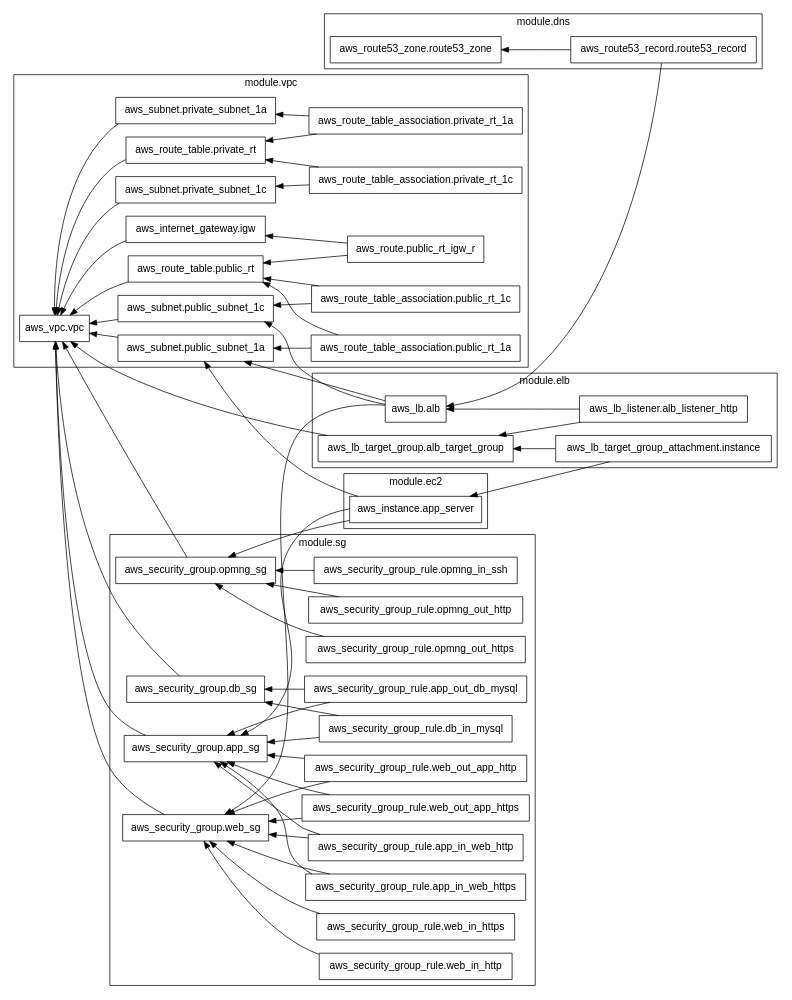
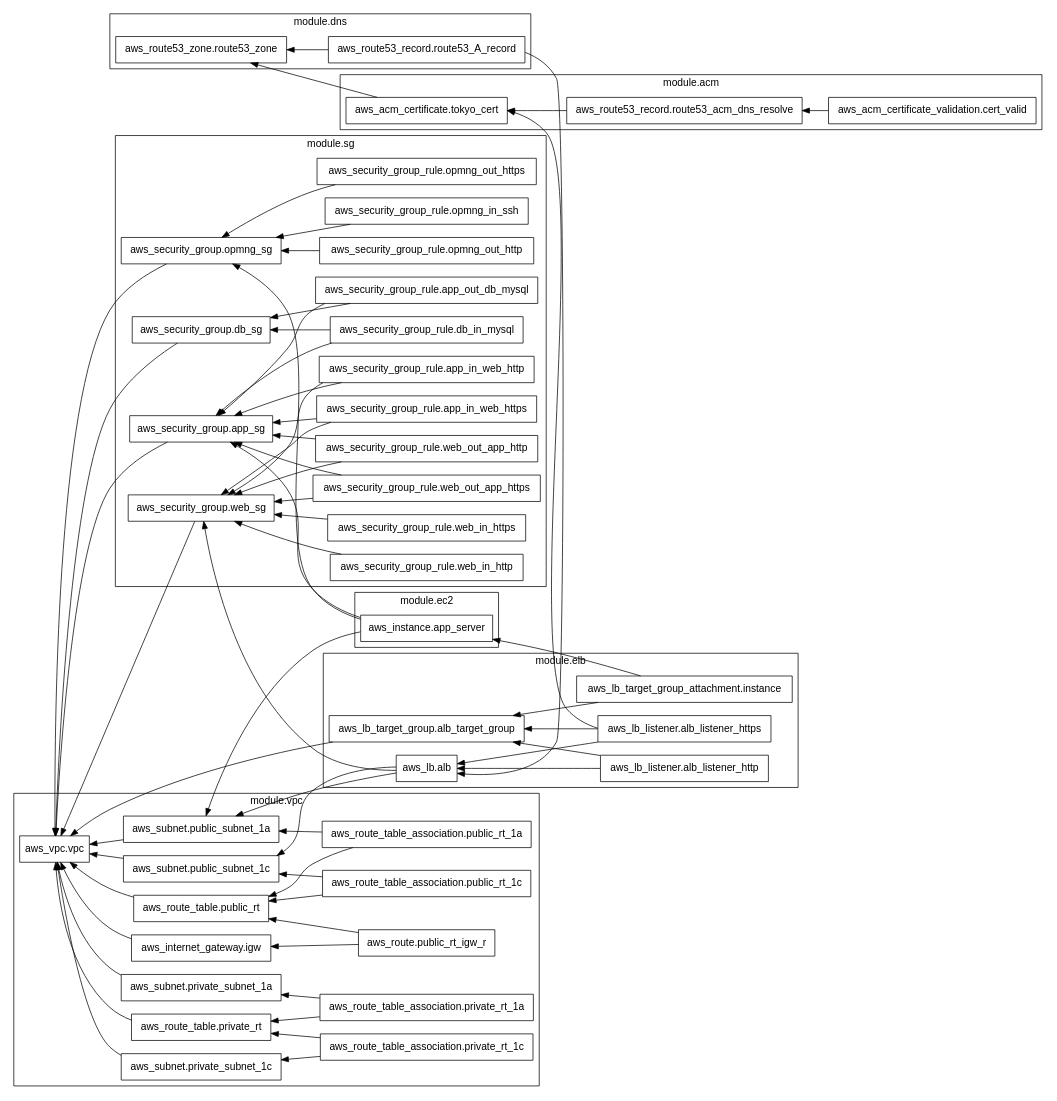
Before and after one commit to portfolio-kazuhisa/aws_infra_demo: the diagram in portfolio.dot, drawn with Graphviz. The commit also changed 7 other files, not shown here.

```diff
--- a/portfolio.dot
+++ b/portfolio.dot
@@ -1,110 +1,124 @@
 digraph G {
   rankdir = "RL";
   node [shape = rect, fontname = "sans-serif"];
+  subgraph "cluster_module.acm" {
+    label = "module.acm"
+    fontname = "sans-serif"
+    "module.acm.aws_acm_certificate.tokyo_cert" [label="aws_acm_certificate.tokyo_cert"];
+    "module.acm.aws_acm_certificate_validation.cert_valid" [label="aws_acm_certificate_validation.cert_valid"];
+    "module.acm.aws_route53_record.route53_acm_dns_resolve" [label="aws_route53_record.route53_acm_dns_resolve"];
+  }
   subgraph "cluster_module.dns" {
     label = "module.dns"
     fontname = "sans-serif"
-    "module.dns.aws_route53_record.route53_record" [label="aws_route53_record.route53_record"];
+    "module.dns.aws_route53_record.route53_A_record" [label="aws_route53_record.route53_A_record"];
     "module.dns.aws_route53_zone.route53_zone" [label="aws_route53_zone.route53_zone"];
   }
   subgraph "cluster_module.ec2" {
     label = "module.ec2"
     fontname = "sans-serif"
     "module.ec2.aws_instance.app_server" [label="aws_instance.app_server"];
   }
   subgraph "cluster_module.elb" {
     label = "module.elb"
     fontname = "sans-serif"
     "module.elb.aws_lb.alb" [label="aws_lb.alb"];
     "module.elb.aws_lb_listener.alb_listener_http" [label="aws_lb_listener.alb_listener_http"];
+    "module.elb.aws_lb_listener.alb_listener_https" [label="aws_lb_listener.alb_listener_https"];
     "module.elb.aws_lb_target_group.alb_target_group" [label="aws_lb_target_group.alb_target_group"];
     "module.elb.aws_lb_target_group_attachment.instance" [label="aws_lb_target_group_attachment.instance"];
   }
   subgraph "cluster_module.sg" {
     label = "module.sg"
     fontname = "sans-serif"
     "module.sg.aws_security_group.app_sg" [label="aws_security_group.app_sg"];
     "module.sg.aws_security_group.db_sg" [label="aws_security_group.db_sg"];
     "module.sg.aws_security_group.opmng_sg" [label="aws_security_group.opmng_sg"];
     "module.sg.aws_security_group.web_sg" [label="aws_security_group.web_sg"];
     "module.sg.aws_security_group_rule.app_in_web_http" [label="aws_security_group_rule.app_in_web_http"];
     "module.sg.aws_security_group_rule.app_in_web_https" [label="aws_security_group_rule.app_in_web_https"];
     "module.sg.aws_security_group_rule.app_out_db_mysql" [label="aws_security_group_rule.app_out_db_mysql"];
     "module.sg.aws_security_group_rule.db_in_mysql" [label="aws_security_group_rule.db_in_mysql"];
     "module.sg.aws_security_group_rule.opmng_in_ssh" [label="aws_security_group_rule.opmng_in_ssh"];
     "module.sg.aws_security_group_rule.opmng_out_http" [label="aws_security_group_rule.opmng_out_http"];
     "module.sg.aws_security_group_rule.opmng_out_https" [label="aws_security_group_rule.opmng_out_https"];
     "module.sg.aws_security_group_rule.web_in_http" [label="aws_security_group_rule.web_in_http"];
     "module.sg.aws_security_group_rule.web_in_https" [label="aws_security_group_rule.web_in_https"];
     "module.sg.aws_security_group_rule.web_out_app_http" [label="aws_security_group_rule.web_out_app_http"];
     "module.sg.aws_security_group_rule.web_out_app_https" [label="aws_security_group_rule.web_out_app_https"];
   }
   subgraph "cluster_module.vpc" {
     label = "module.vpc"
     fontname = "sans-serif"
     "module.vpc.aws_internet_gateway.igw" [label="aws_internet_gateway.igw"];
     "module.vpc.aws_route.public_rt_igw_r" [label="aws_route.public_rt_igw_r"];
     "module.vpc.aws_route_table.private_rt" [label="aws_route_table.private_rt"];
     "module.vpc.aws_route_table.public_rt" [label="aws_route_table.public_rt"];
     "module.vpc.aws_route_table_association.private_rt_1a" [label="aws_route_table_association.private_rt_1a"];
     "module.vpc.aws_route_table_association.private_rt_1c" [label="aws_route_table_association.private_rt_1c"];
     "module.vpc.aws_route_table_association.public_rt_1a" [label="aws_route_table_association.public_rt_1a"];
     "module.vpc.aws_route_table_association.public_rt_1c" [label="aws_route_table_association.public_rt_1c"];
     "module.vpc.aws_subnet.private_subnet_1a" [label="aws_subnet.private_subnet_1a"];
     "module.vpc.aws_subnet.private_subnet_1c" [label="aws_subnet.private_subnet_1c"];
     "module.vpc.aws_subnet.public_subnet_1a" [label="aws_subnet.public_subnet_1a"];
     "module.vpc.aws_subnet.public_subnet_1c" [label="aws_subnet.public_subnet_1c"];
     "module.vpc.aws_vpc.vpc" [label="aws_vpc.vpc"];
   }
-  "module.dns.aws_route53_record.route53_record" -> "module.dns.aws_route53_zone.route53_zone";
-  "module.dns.aws_route53_record.route53_record" -> "module.elb.aws_lb.alb";
+  "module.acm.aws_acm_certificate.tokyo_cert" -> "module.dns.aws_route53_zone.route53_zone";
+  "module.acm.aws_acm_certificate_validation.cert_valid" -> "module.acm.aws_route53_record.route53_acm_dns_resolve";
+  "module.acm.aws_route53_record.route53_acm_dns_resolve" -> "module.acm.aws_acm_certificate.tokyo_cert";
+  "module.dns.aws_route53_record.route53_A_record" -> "module.dns.aws_route53_zone.route53_zone";
+  "module.dns.aws_route53_record.route53_A_record" -> "module.elb.aws_lb.alb";
   "module.ec2.aws_instance.app_server" -> "module.sg.aws_security_group.app_sg";
   "module.ec2.aws_instance.app_server" -> "module.sg.aws_security_group.opmng_sg";
   "module.ec2.aws_instance.app_server" -> "module.vpc.aws_subnet.public_subnet_1a";
   "module.elb.aws_lb.alb" -> "module.sg.aws_security_group.web_sg";
   "module.elb.aws_lb.alb" -> "module.vpc.aws_subnet.public_subnet_1a";
   "module.elb.aws_lb.alb" -> "module.vpc.aws_subnet.public_subnet_1c";
   "module.elb.aws_lb_listener.alb_listener_http" -> "module.elb.aws_lb.alb";
   "module.elb.aws_lb_listener.alb_listener_http" -> "module.elb.aws_lb_target_group.alb_target_group";
+  "module.elb.aws_lb_listener.alb_listener_https" -> "module.acm.aws_acm_certificate.tokyo_cert";
+  "module.elb.aws_lb_listener.alb_listener_https" -> "module.elb.aws_lb.alb";
+  "module.elb.aws_lb_listener.alb_listener_https" -> "module.elb.aws_lb_target_group.alb_target_group";
   "module.elb.aws_lb_target_group.alb_target_group" -> "module.vpc.aws_vpc.vpc";
   "module.elb.aws_lb_target_group_attachment.instance" -> "module.ec2.aws_instance.app_server";
   "module.elb.aws_lb_target_group_attachment.instance" -> "module.elb.aws_lb_target_group.alb_target_group";
   "module.sg.aws_security_group.app_sg" -> "module.vpc.aws_vpc.vpc";
   "module.sg.aws_security_group.db_sg" -> "module.vpc.aws_vpc.vpc";
   "module.sg.aws_security_group.opmng_sg" -> "module.vpc.aws_vpc.vpc";
   "module.sg.aws_security_group.web_sg" -> "module.vpc.aws_vpc.vpc";
   "module.sg.aws_security_group_rule.app_in_web_http" -> "module.sg.aws_security_group.app_sg";
   "module.sg.aws_security_group_rule.app_in_web_http" -> "module.sg.aws_security_group.web_sg";
   "module.sg.aws_security_group_rule.app_in_web_https" -> "module.sg.aws_security_group.app_sg";
   "module.sg.aws_security_group_rule.app_in_web_https" -> "module.sg.aws_security_group.web_sg";
   "module.sg.aws_security_group_rule.app_out_db_mysql" -> "module.sg.aws_security_group.app_sg";
   "module.sg.aws_security_group_rule.app_out_db_mysql" -> "module.sg.aws_security_group.db_sg";
   "module.sg.aws_security_group_rule.db_in_mysql" -> "module.sg.aws_security_group.app_sg";
   "module.sg.aws_security_group_rule.db_in_mysql" -> "module.sg.aws_security_group.db_sg";
   "module.sg.aws_security_group_rule.opmng_in_ssh" -> "module.sg.aws_security_group.opmng_sg";
   "module.sg.aws_security_group_rule.opmng_out_http" -> "module.sg.aws_security_group.opmng_sg";
   "module.sg.aws_security_group_rule.opmng_out_https" -> "module.sg.aws_security_group.opmng_sg";
   "module.sg.aws_security_group_rule.web_in_http" -> "module.sg.aws_security_group.web_sg";
   "module.sg.aws_security_group_rule.web_in_https" -> "module.sg.aws_security_group.web_sg";
   "module.sg.aws_security_group_rule.web_out_app_http" -> "module.sg.aws_security_group.app_sg";
   "module.sg.aws_security_group_rule.web_out_app_http" -> "module.sg.aws_security_group.web_sg";
   "module.sg.aws_security_group_rule.web_out_app_https" -> "module.sg.aws_security_group.app_sg";
   "module.sg.aws_security_group_rule.web_out_app_https" -> "module.sg.aws_security_group.web_sg";
   "module.vpc.aws_internet_gateway.igw" -> "module.vpc.aws_vpc.vpc";
   "module.vpc.aws_route.public_rt_igw_r" -> "module.vpc.aws_internet_gateway.igw";
   "module.vpc.aws_route.public_rt_igw_r" -> "module.vpc.aws_route_table.public_rt";
   "module.vpc.aws_route_table.private_rt" -> "module.vpc.aws_vpc.vpc";
   "module.vpc.aws_route_table.public_rt" -> "module.vpc.aws_vpc.vpc";
   "module.vpc.aws_route_table_association.private_rt_1a" -> "module.vpc.aws_route_table.private_rt";
   "module.vpc.aws_route_table_association.private_rt_1a" -> "module.vpc.aws_subnet.private_subnet_1a";
   "module.vpc.aws_route_table_association.private_rt_1c" -> "module.vpc.aws_route_table.private_rt";
   "module.vpc.aws_route_table_association.private_rt_1c" -> "module.vpc.aws_subnet.private_subnet_1c";
   "module.vpc.aws_route_table_association.public_rt_1a" -> "module.vpc.aws_route_table.public_rt";
   "module.vpc.aws_route_table_association.public_rt_1a" -> "module.vpc.aws_subnet.public_subnet_1a";
   "module.vpc.aws_route_table_association.public_rt_1c" -> "module.vpc.aws_route_table.public_rt";
   "module.vpc.aws_route_table_association.public_rt_1c" -> "module.vpc.aws_subnet.public_subnet_1c";
   "module.vpc.aws_subnet.private_subnet_1a" -> "module.vpc.aws_vpc.vpc";
   "module.vpc.aws_subnet.private_subnet_1c" -> "module.vpc.aws_vpc.vpc";
   "module.vpc.aws_subnet.public_subnet_1a" -> "module.vpc.aws_vpc.vpc";
   "module.vpc.aws_subnet.public_subnet_1c" -> "module.vpc.aws_vpc.vpc";
 }
```
